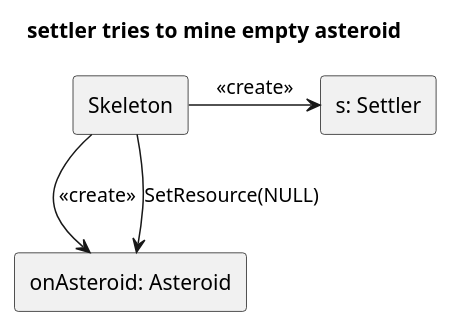
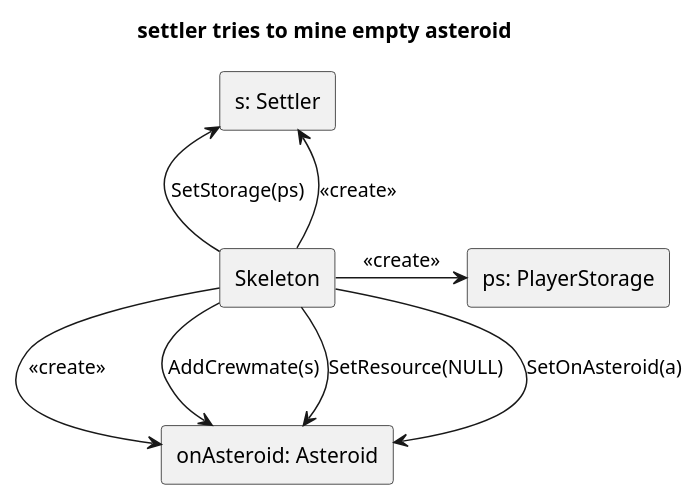
Before and after one commit to triszt4n/projlab_holy_oil: the diagram in uml/plantuml/settler tries to mine empty asteroid/settler tries to mine empty asteroid init.plantuml, drawn with PlantUML. The commit also changed 11 other files, not shown here.

```diff
--- a/uml/plantuml/settler tries to mine empty asteroid/settler tries to mine empty asteroid init.plantuml
+++ b/uml/plantuml/settler tries to mine empty asteroid/settler tries to mine empty asteroid init.plantuml
@@ -1,16 +1,21 @@
 @startuml
 
 skinparam SequenceLifeLineBackgroundColor LightYellow
 
 title "settler tries to mine empty asteroid"
 
 rectangle "s: Settler" as settler
 rectangle "onAsteroid: Asteroid" as onAsteroid
 rectangle "Skeleton" as skeleton
+rectangle "ps: PlayerStorage" as storage
 
 skeleton->settler : <<create>>
 skeleton->onAsteroid: <<create>>
+skeleton->storage: <<create>>
 
 skeleton-down->onAsteroid: SetResource(NULL)
+skeleton->onAsteroid: AddCrewmate(s)
+skeleton-down->onAsteroid: SetOnAsteroid(a)
+skeleton-up->settler: SetStorage(ps)
 
 @endulm
```
